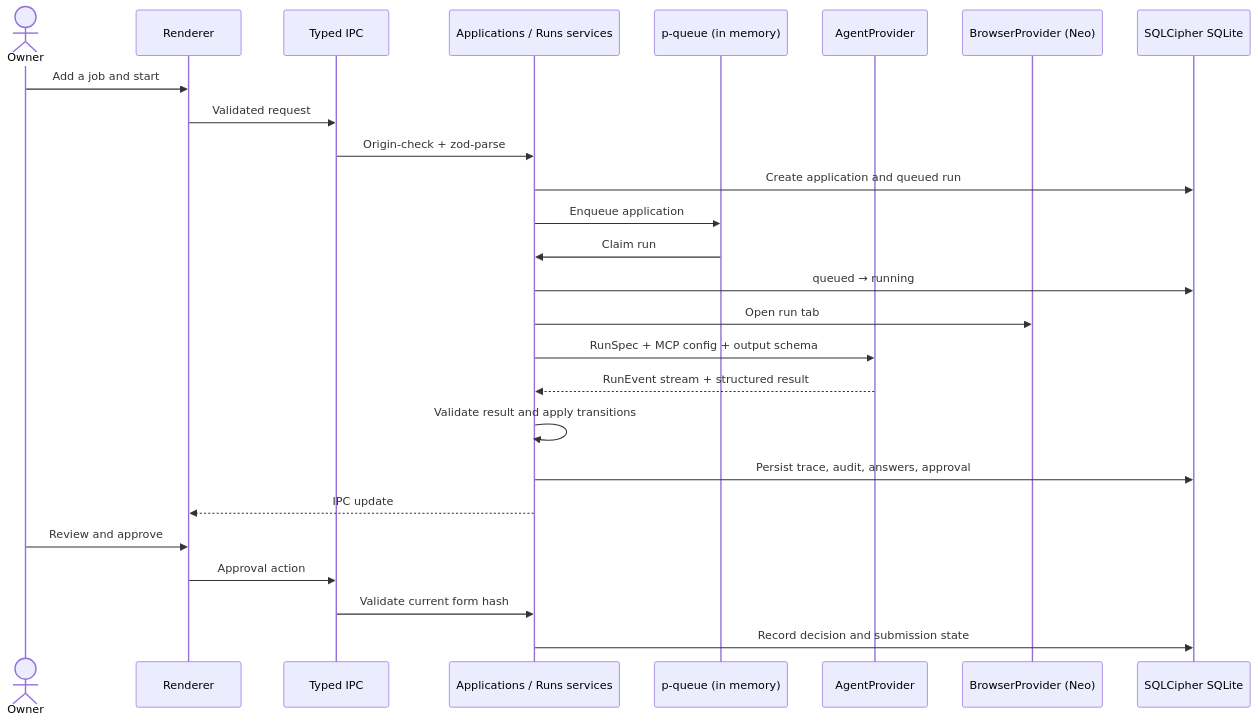
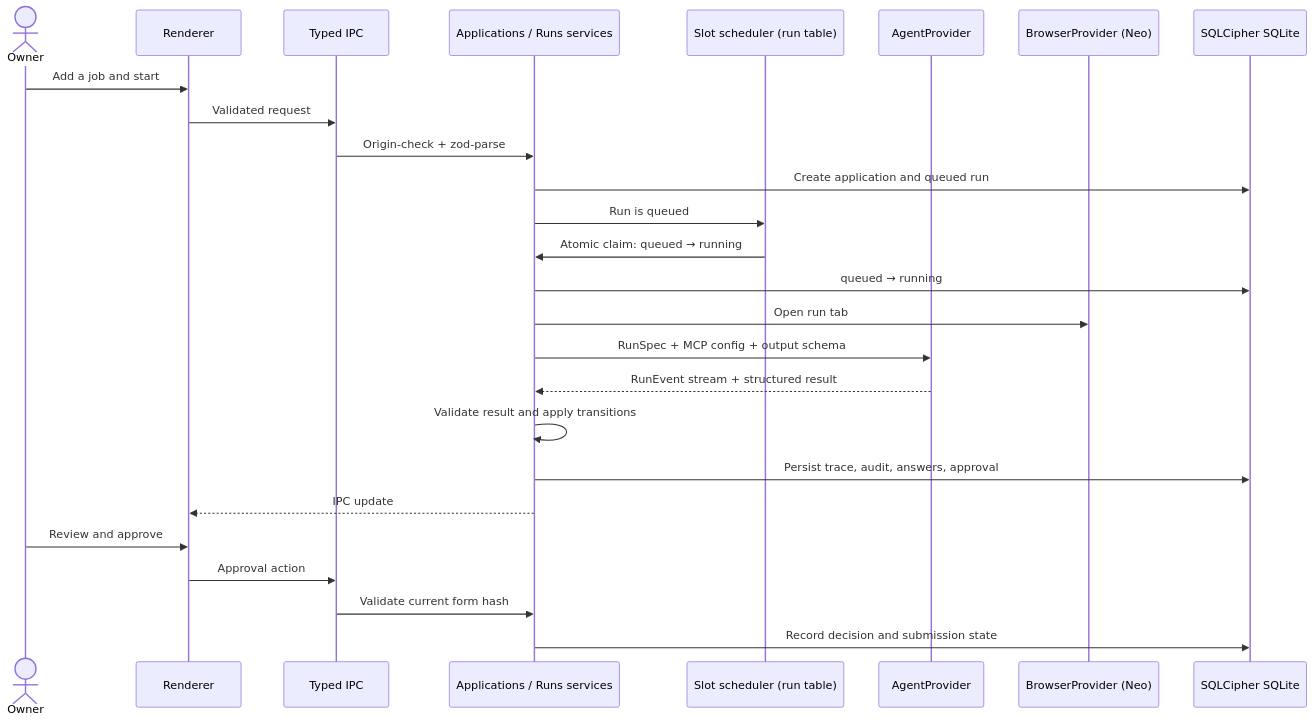
One commit to sadowb/jobPilot changed the fifth of 5 diagrams in docs/architecture.md. Above: the diagram before and after it, drawn with Mermaid. The commit also changed other lines of this file and 29 other files, not shown here.

Commit message:
refactor(runs)!: run table is the queue, native Claude session resume, crew 4

````diff
--- a/docs/architecture.md
+++ b/docs/architecture.md
@@ -88,28 +88,28 @@
 ```mermaid
 sequenceDiagram
   actor Owner
   participant UI as Renderer
   participant IPC as Typed IPC
   participant App as Applications / Runs services
-  participant Q as p-queue (in memory)
+  participant Q as Slot scheduler (run table)
   participant Agent as AgentProvider
   participant Browser as BrowserProvider (Neo)
   participant DB as SQLCipher SQLite
   Owner->>UI: Add a job and start
   UI->>IPC: Validated request
   IPC->>App: Origin-check + zod-parse
   App->>DB: Create application and queued run
-  App->>Q: Enqueue application
-  Q->>App: Claim run
+  App->>Q: Run is queued
+  Q->>App: Atomic claim: queued → running
   App->>DB: queued → running
   App->>Browser: Open run tab
   App->>Agent: RunSpec + MCP config + output schema
   Agent-->>App: RunEvent stream + structured result
   App->>App: Validate result and apply transitions
   App->>DB: Persist trace, audit, answers, approval
   App-->>UI: IPC update
   Owner->>UI: Review and approve
   UI->>IPC: Approval action
   IPC->>App: Validate current form hash
   App->>DB: Record decision and submission state
 ```
````
